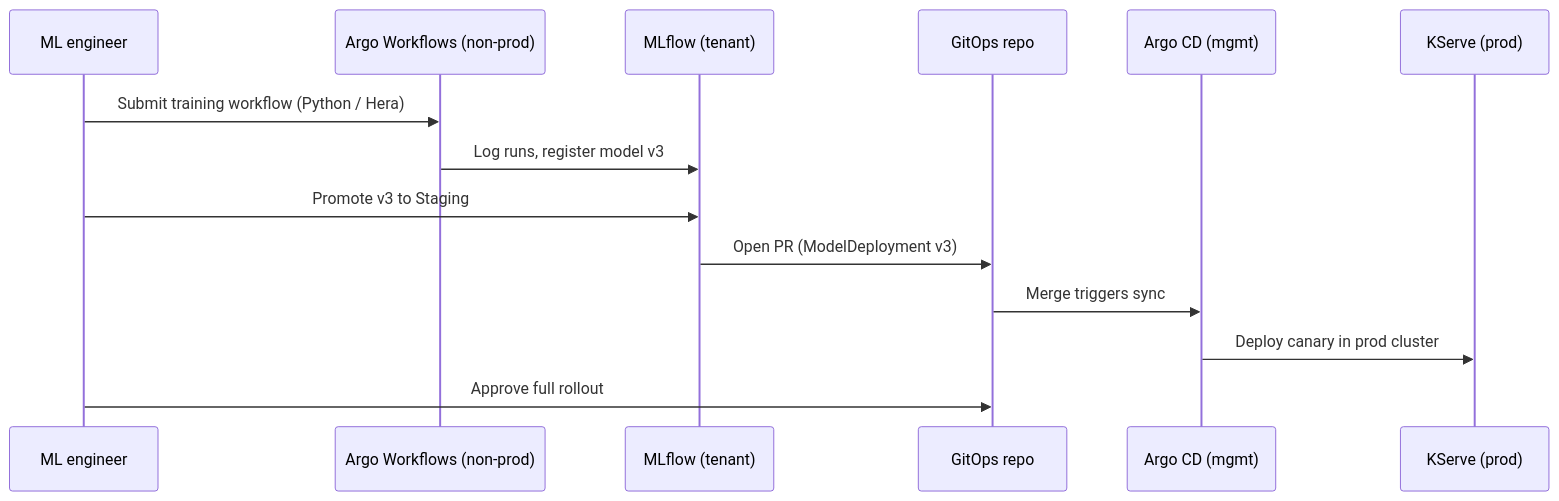
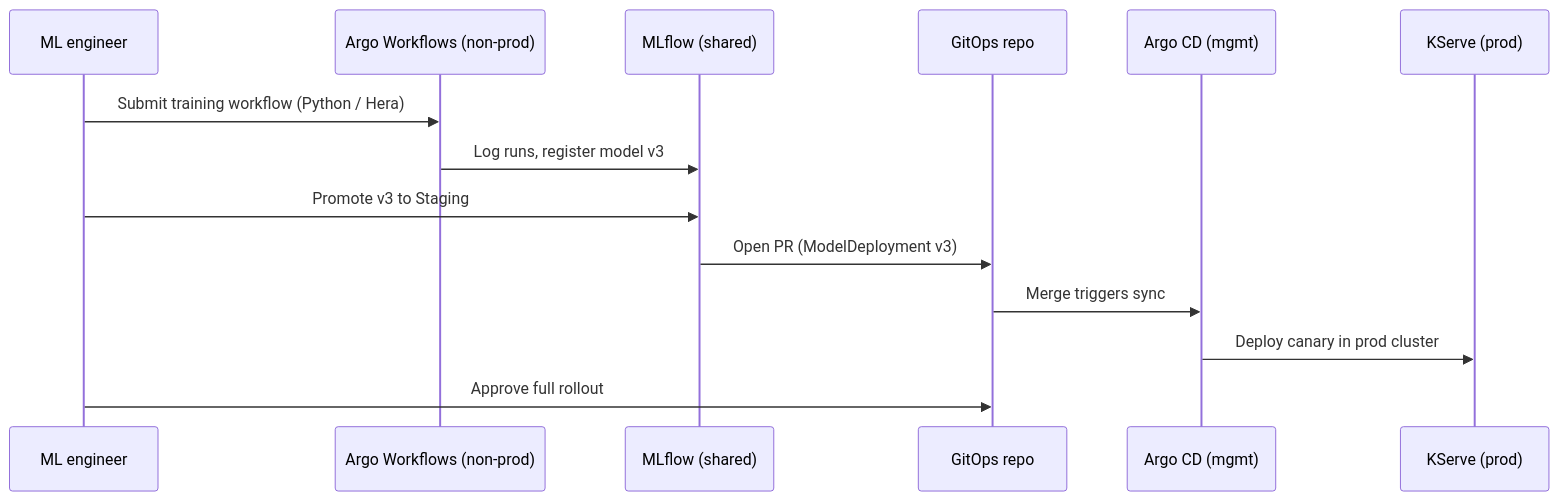
The fourth of 4 diagrams in docs/architecture.md (mlqube/.github), drawn with Mermaid before and after one commit. The commit also changed other lines of this file and 6 other files, not shown here.

Commit message:
docs: switch to one shared MLflow for all tenants (RDS PostgreSQL + S3), ADR-0007 accepted

````diff
--- a/docs/architecture.md
+++ b/docs/architecture.md
@@ -175,17 +176,17 @@
 ```mermaid
 sequenceDiagram
     participant Dev as ML engineer
     participant AW as Argo Workflows (non-prod)
-    participant ML as MLflow (tenant)
+    participant ML as MLflow (shared)
     participant Git as GitOps repo
     participant CD as Argo CD (mgmt)
     participant KS as KServe (prod)
 
     Dev->>AW: Submit training workflow (Python / Hera)
     AW->>ML: Log runs, register model v3
     Dev->>ML: Promote v3 to Staging
     ML->>Git: Open PR (ModelDeployment v3)
     Git->>CD: Merge triggers sync
     CD->>KS: Deploy canary in prod cluster
     Dev->>Git: Approve full rollout
 ```
````
